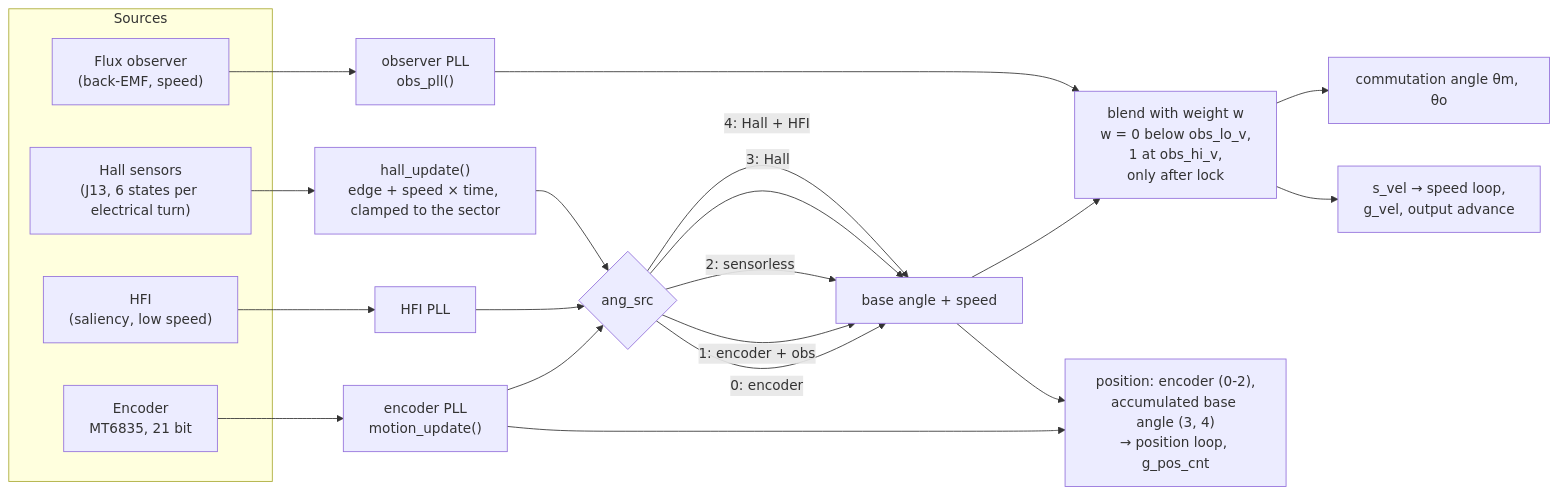
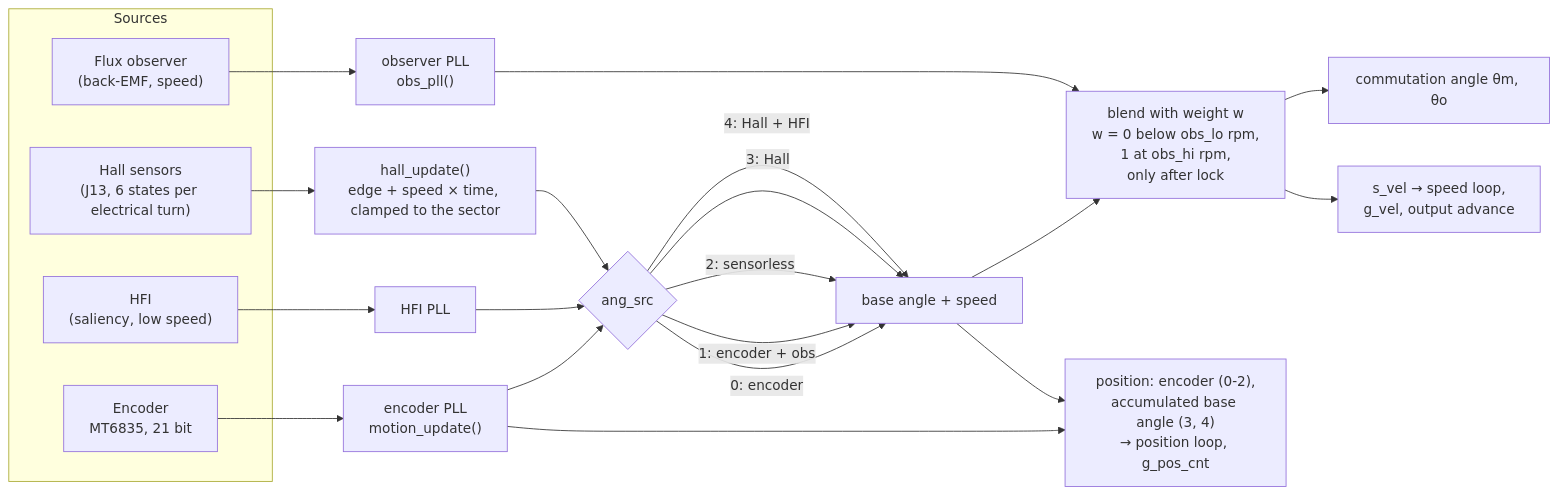
Before and after one commit to alanhpereira/fluxdrive-g4: the eighth of 15 diagrams in docs/software-structure.md, drawn with Mermaid. The commit also changed other lines of this file and 14 other files, not shown here.

First line of the commit message:
Observer blend thresholds in rpm, like the Hall + HFI handover

````diff
--- a/docs/software-structure.md
+++ b/docs/software-structure.md
@@ -302,30 +302,30 @@
 ```mermaid
 flowchart LR
     subgraph SRCS["Sources"]
         E["Encoder<br/>MT6835, 21 bit"]
         H["HFI<br/>(saliency, low speed)"]
         L["Hall sensors<br/>(J13, 6 states per electrical turn)"]
         O["Flux observer<br/>(back-EMF, speed)"]
     end
 
     E --> EP["encoder PLL<br/>motion_update()"]
     H --> HP["HFI PLL"]
     O --> OP["observer PLL<br/>obs_pll()"]
     L --> LI["hall_update()<br/>edge + speed × time, clamped to the sector"]
 
     EP --> SEL{"ang_src"}
     HP --> SEL
     SEL -- "0: encoder" --> BASE["base angle + speed"]
     SEL -- "1: encoder + obs" --> BASE
     SEL -- "2: sensorless" --> BASE
     LI --> SEL
     SEL -- "3: Hall" --> BASE
     SEL -- "4: Hall + HFI" --> BASE
 
-    BASE --> BL["blend with weight w<br/>w = 0 below obs_lo_v,<br/>1 at obs_hi_v,<br/>only after lock"]
+    BASE --> BL["blend with weight w<br/>w = 0 below obs_lo rpm,<br/>1 at obs_hi rpm,<br/>only after lock"]
     OP --> BL
     BL --> TH["commutation angle θm, θo"]
     BL --> SV["s_vel → speed loop,<br/>g_vel, output advance"]
     EP --> POS["position: encoder (0-2),<br/>accumulated base angle (3, 4)<br/>→ position loop, g_pos_cnt"]
     BASE --> POS
 ```
````
